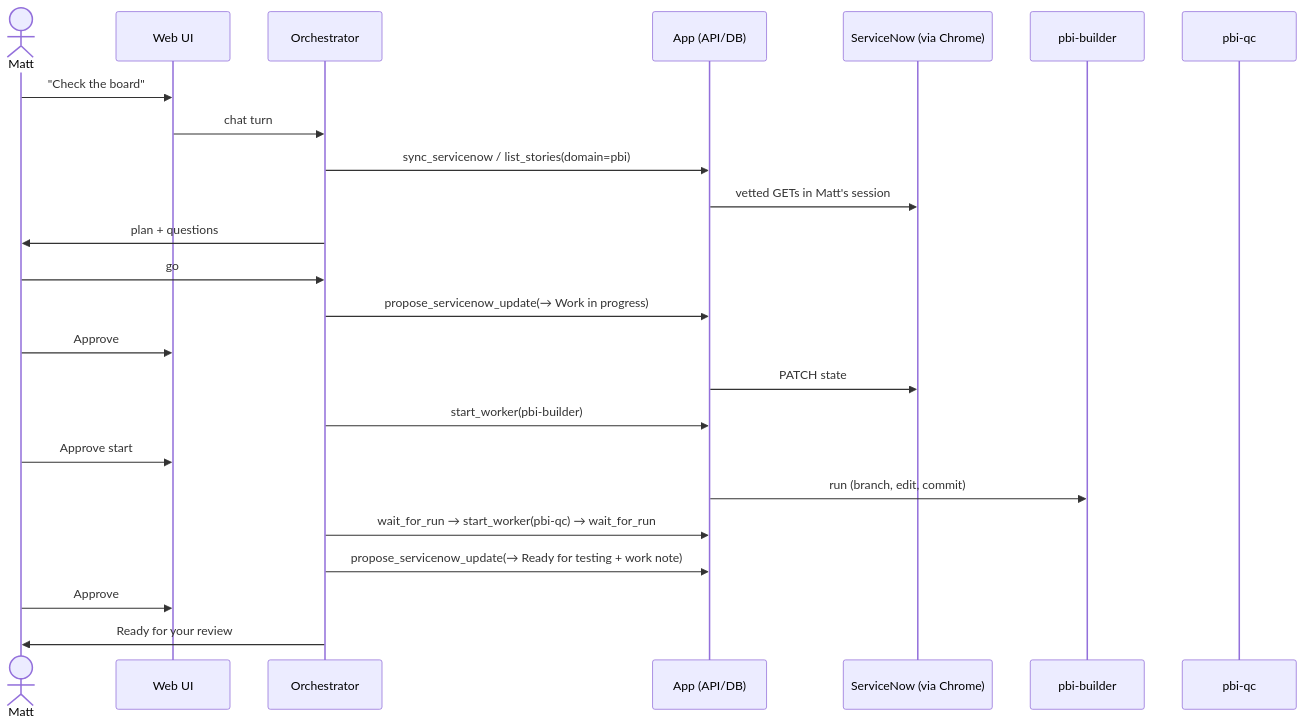
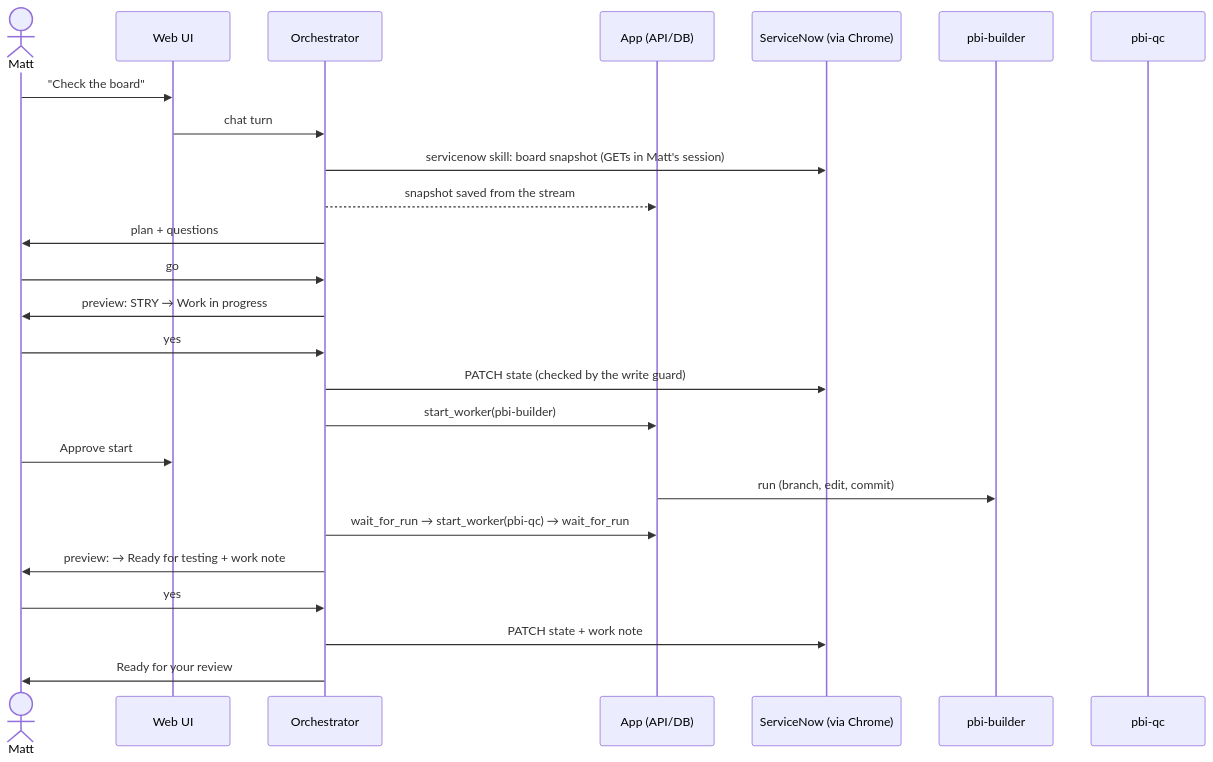
One commit to mattspeaks/arco-matt-agents changed the third of 3 diagrams in ARCHITECTURE.md. Above: the diagram before and after it, drawn with Mermaid. The commit also changed other lines of this file and 19 other files, not shown here.

First line of the commit message:
Do ServiceNow work in the orchestrator chat, like the shared agile-board skill

````diff
--- a/ARCHITECTURE.md
+++ b/ARCHITECTURE.md
@@ -291,27 +285,28 @@
 ```mermaid
 sequenceDiagram
     actor Matt
     participant UI as Web UI
     participant O as Orchestrator
     participant A as App (API/DB)
     participant SN as ServiceNow (via Chrome)
     participant B as pbi-builder
     participant Q as pbi-qc
 
     Matt->>UI: "Check the board"
     UI->>O: chat turn
-    O->>A: sync_servicenow / list_stories(domain=pbi)
-    A->>SN: vetted GETs in Matt's session
+    O->>SN: servicenow skill: board snapshot (GETs in Matt's session)
+    O-->>A: snapshot saved from the stream
     O->>Matt: plan + questions
     Matt->>O: go
-    O->>A: propose_servicenow_update(→ Work in progress)
-    Matt->>UI: Approve
-    A->>SN: PATCH state
+    O->>Matt: preview: STRY → Work in progress
+    Matt->>O: yes
+    O->>SN: PATCH state (checked by the write guard)
     O->>A: start_worker(pbi-builder)
     Matt->>UI: Approve start
     A->>B: run (branch, edit, commit)
     O->>A: wait_for_run → start_worker(pbi-qc) → wait_for_run
-    O->>A: propose_servicenow_update(→ Ready for testing + work note)
-    Matt->>UI: Approve
+    O->>Matt: preview: → Ready for testing + work note
+    Matt->>O: yes
+    O->>SN: PATCH state + work note
     O->>Matt: Ready for your review
 ```
````
